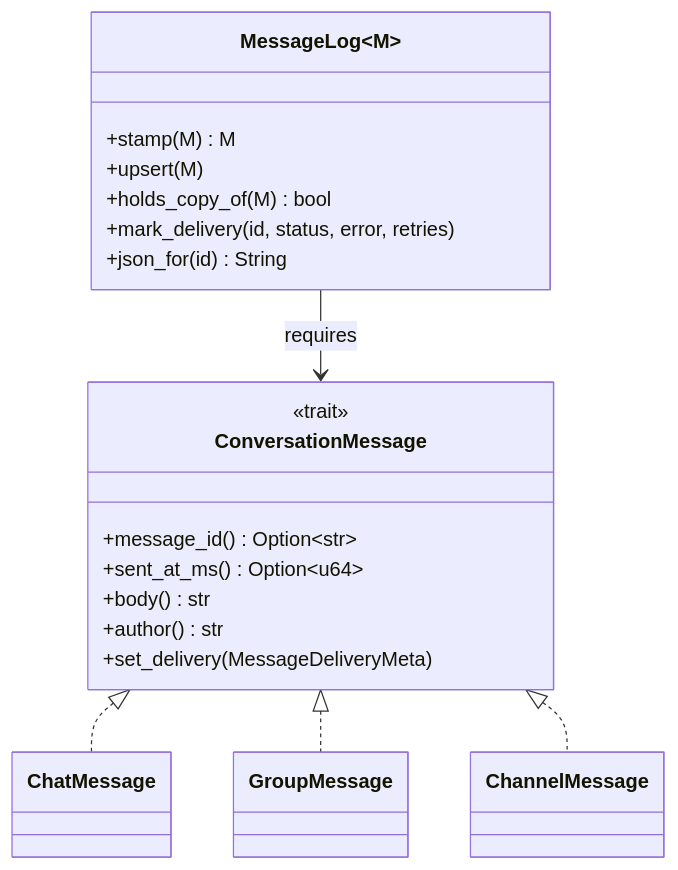
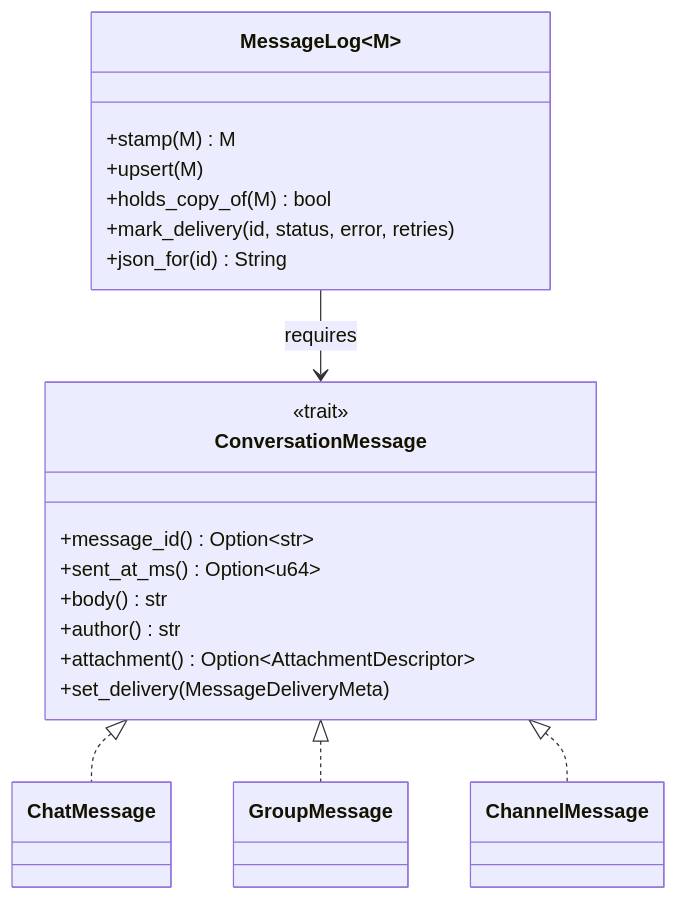
Before and after one commit to redstone-md/mosh-flutter: the second of 2 diagrams in docs/ADR/0019-shared-conversation-strata-in-the-core.md, drawn with Mermaid. The commit also changed other lines of this file and 11 other files, not shown here.

````diff
--- a/docs/ADR/0019-shared-conversation-strata-in-the-core.md
+++ b/docs/ADR/0019-shared-conversation-strata-in-the-core.md
@@ -77,26 +79,27 @@
 ```mermaid
 classDiagram
     class ConversationMessage {
       <<trait>>
       +message_id() Option~str~
       +sent_at_ms() Option~u64~
       +body() str
       +author() str
+      +attachment() Option~AttachmentDescriptor~
       +set_delivery(MessageDeliveryMeta)
     }
     class MessageLog~M~ {
       +stamp(M) M
       +upsert(M)
       +holds_copy_of(M) bool
       +mark_delivery(id, status, error, retries)
       +json_for(id) String
     }
     class ChatMessage
     class GroupMessage
     class ChannelMessage
 
     MessageLog~M~ --> ConversationMessage : requires
     ConversationMessage <|.. ChatMessage
     ConversationMessage <|.. GroupMessage
     ConversationMessage <|.. ChannelMessage
 ```
````
